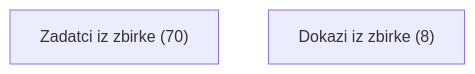
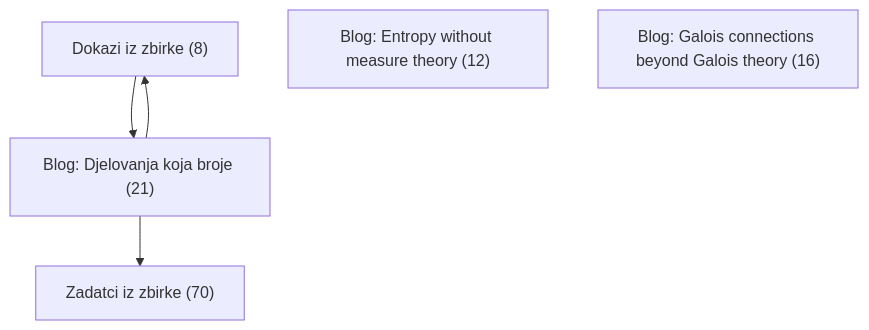
One commit to matsek-fer/library changed the first of 5 diagrams in forest/views/dag.md. Above: the diagram before and after it, drawn with Mermaid. The commit also changed other lines of this file and 60 other files, not shown here.

````diff
--- a/forest/views/dag.md
+++ b/forest/views/dag.md
@@ -15,5 +15,11 @@
 ```mermaid
 graph TD
     g0["Zadatci iz zbirke (70)"]
     g1["Dokazi iz zbirke (8)"]
+    g2["Blog: Djelovanja koja broje (21)"]
+    g3["Blog: Entropy without measure theory (12)"]
+    g4["Blog: Galois connections beyond Galois theory (16)"]
+    g1 --> g2
+    g2 --> g0
+    g2 --> g1
 ```
````
